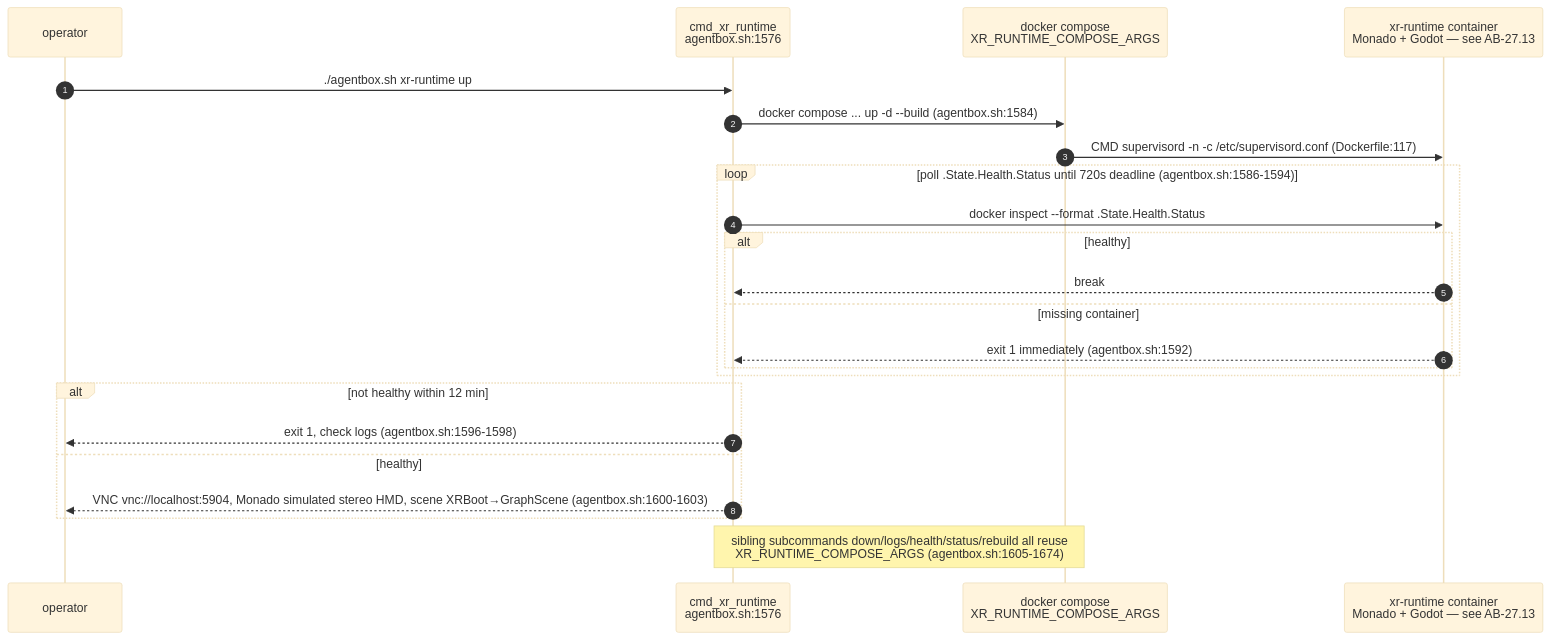
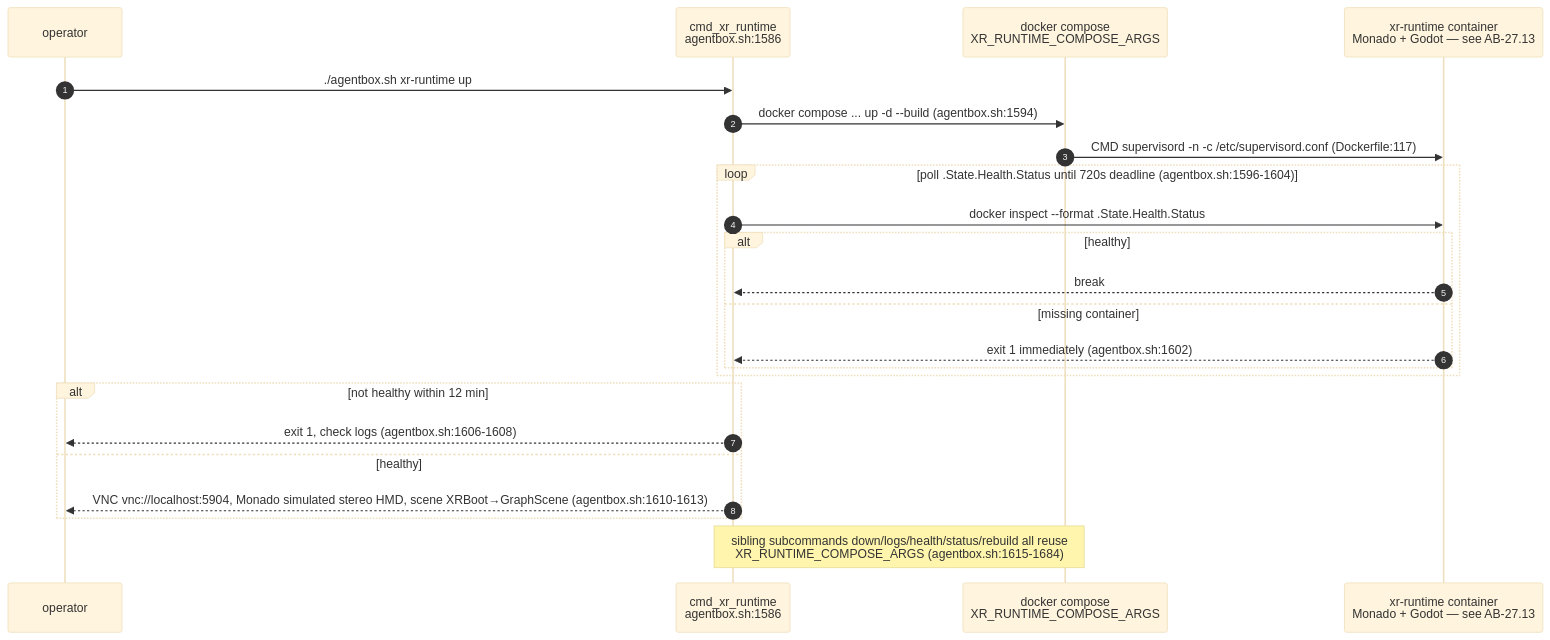
Before and after one commit to DreamLab-AI/VisionFlow: the ninth of 13 diagrams in docs/diagrams/agentbox/06-sidecars-and-compose-overlays.md, drawn with Mermaid (base theme). The commit also changed other lines of this file and 80 other files, not shown here.

First line of the commit message:
docs(diagrams): re-verify the agentbox, dreamlab, estate and visionflow corpus against current sources

````diff
--- a/docs/diagrams/agentbox/06-sidecars-and-compose-overlays.md
+++ b/docs/diagrams/agentbox/06-sidecars-and-compose-overlays.md
@@ -266,26 +266,26 @@
 ```mermaid
 sequenceDiagram
     autonumber
     participant OP as operator
-    participant SH as cmd_xr_runtime<br/>agentbox.sh:1576
+    participant SH as cmd_xr_runtime<br/>agentbox.sh:1586
     participant DC as docker compose<br/>XR_RUNTIME_COMPOSE_ARGS
     participant XR as xr-runtime container<br/>Monado + Godot — see AB-27.13
 
     OP->>SH: ./agentbox.sh xr-runtime up
-    SH->>DC: docker compose ... up -d --build (agentbox.sh:1584)
+    SH->>DC: docker compose ... up -d --build (agentbox.sh:1594)
     DC->>XR: CMD supervisord -n -c /etc/supervisord.conf (Dockerfile:117)
-    loop poll .State.Health.Status until 720s deadline (agentbox.sh:1586-1594)
+    loop poll .State.Health.Status until 720s deadline (agentbox.sh:1596-1604)
         SH->>XR: docker inspect --format .State.Health.Status
         alt healthy
             XR-->>SH: break
         else missing container
-            XR-->>SH: exit 1 immediately (agentbox.sh:1592)
+            XR-->>SH: exit 1 immediately (agentbox.sh:1602)
         end
     end
     alt not healthy within 12 min
-        SH-->>OP: exit 1, check logs (agentbox.sh:1596-1598)
+        SH-->>OP: exit 1, check logs (agentbox.sh:1606-1608)
     else healthy
-        SH-->>OP: VNC vnc://localhost:5904, Monado simulated stereo HMD, scene XRBoot→GraphScene (agentbox.sh:1600-1603)
+        SH-->>OP: VNC vnc://localhost:5904, Monado simulated stereo HMD, scene XRBoot→GraphScene (agentbox.sh:1610-1613)
     end
-    Note over SH,DC: sibling subcommands down/logs/health/status/rebuild all reuse<br/>XR_RUNTIME_COMPOSE_ARGS (agentbox.sh:1605-1674)
+    Note over SH,DC: sibling subcommands down/logs/health/status/rebuild all reuse<br/>XR_RUNTIME_COMPOSE_ARGS (agentbox.sh:1615-1684)
 ```
````
